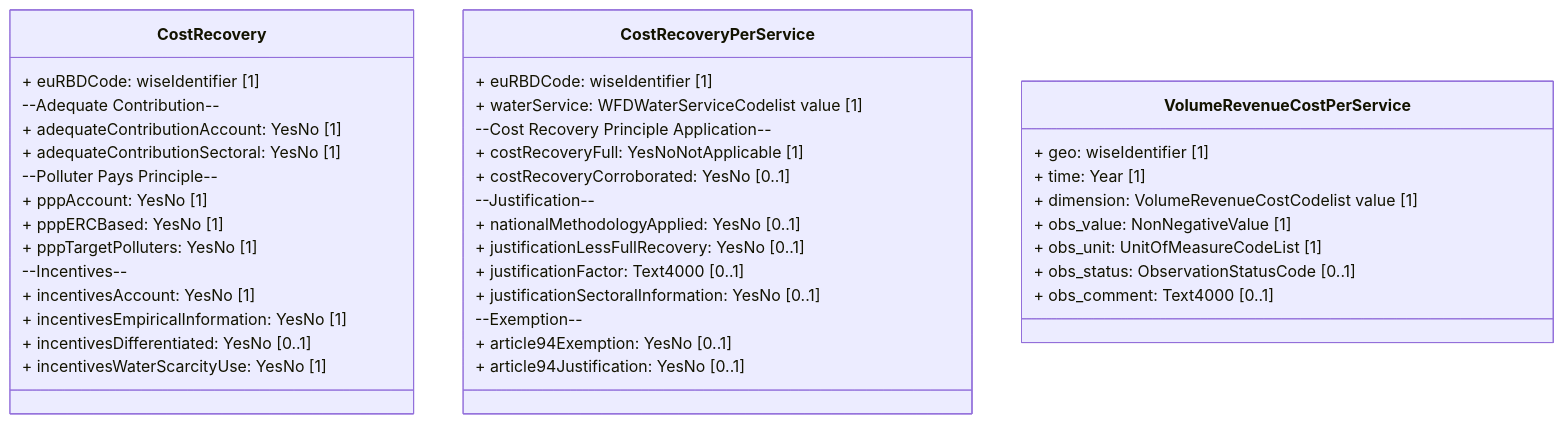
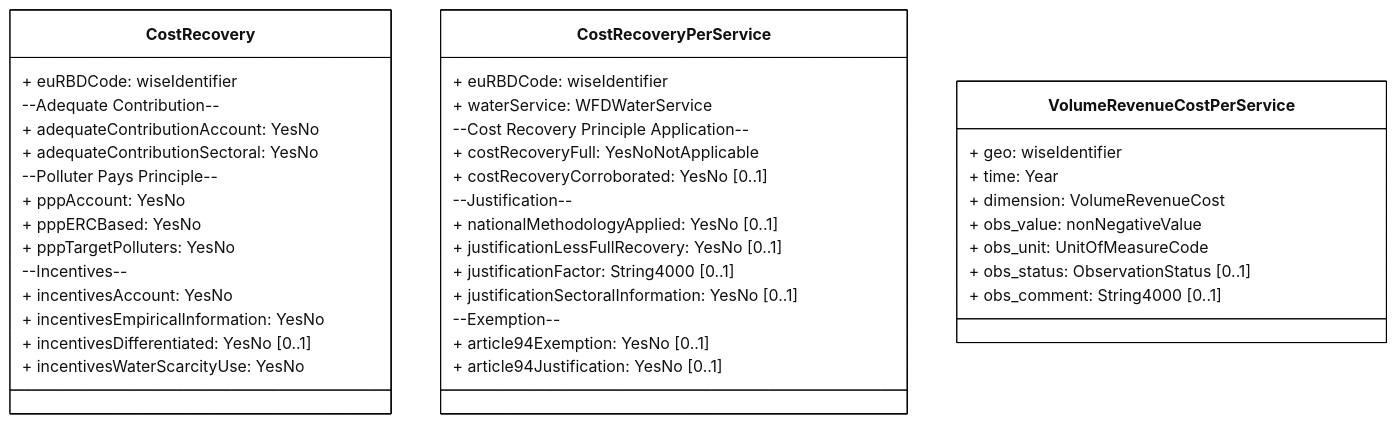
One commit to eeadata/WISE.WFD.Documentation changed the diagram in docs/DataModelReview/mmd/EconomicAnalysis_RevenueandCosts.mmd. Above: the diagram before and after it, drawn with Mermaid. The commit also changed 11 other files, not shown here.

```diff
--- a/docs/DataModelReview/mmd/EconomicAnalysis_RevenueandCosts.mmd
+++ b/docs/DataModelReview/mmd/EconomicAnalysis_RevenueandCosts.mmd
@@ -1,55 +1,66 @@
+---
+config:
+  class:
+    hideEmptyMembersBox: true
+  layout: dagre
+  theme: neutral
+---
+
 classDiagram
     direction TB
 
     class CostRecovery {
-        + euRBDCode: wiseIdentifier [1]
+        + euRBDCode: wiseIdentifier
 
         --Adequate Contribution--
 
-        + adequateContributionAccount: YesNo [1]
-        + adequateContributionSectoral: YesNo [1]
+        + adequateContributionAccount: YesNo
+        + adequateContributionSectoral: YesNo
 
         --Polluter Pays Principle--
 
-        + pppAccount: YesNo [1]
-        + pppERCBased: YesNo [1]
-        + pppTargetPolluters: YesNo [1]
+        + pppAccount: YesNo
+        + pppERCBased: YesNo
+        + pppTargetPolluters: YesNo 
 
         --Incentives--
-        + incentivesAccount: YesNo [1]
-        + incentivesEmpiricalInformation: YesNo [1]
+        + incentivesAccount: YesNo 
+        + incentivesEmpiricalInformation: YesNo 
         + incentivesDifferentiated: YesNo [0..1]
-        + incentivesWaterScarcityUse: YesNo [1]
+        + incentivesWaterScarcityUse: YesNo 
     }
 
     class CostRecoveryPerService {
-        + euRBDCode: wiseIdentifier [1]
-        + waterService: WFDWaterServiceCodelist value [1]
+        + euRBDCode: wiseIdentifier 
+        + waterService: WFDWaterService
 
         --Cost Recovery Principle Application--
 
-        + costRecoveryFull: YesNoNotApplicable [1]
+        + costRecoveryFull: YesNoNotApplicable
         + costRecoveryCorroborated: YesNo [0..1]
 
         --Justification--
 
         + nationalMethodologyApplied: YesNo [0..1]
         + justificationLessFullRecovery: YesNo [0..1]
-        + justificationFactor: Text4000 [0..1]
+        + justificationFactor: String4000 [0..1]
         + justificationSectoralInformation: YesNo [0..1]
 
         --Exemption--
 
         + article94Exemption: YesNo [0..1]
         + article94Justification: YesNo [0..1]
     }
 
     class VolumeRevenueCostPerService {
-        + geo: wiseIdentifier [1]
-        + time: Year [1]
-        + dimension: VolumeRevenueCostCodelist value [1]
-        + obs_value: NonNegativeValue [1]
-        + obs_unit: UnitOfMeasureCodeList [1]
-        + obs_status: ObservationStatusCode [0..1]
-        + obs_comment: Text4000 [0..1]
+        + geo: wiseIdentifier 
+        + time: Year 
+        + dimension: VolumeRevenueCost
+        + obs_value: nonNegativeValue
+        + obs_unit: UnitOfMeasureCode
+        + obs_status: ObservationStatus [0..1]
+        + obs_comment: String4000 [0..1]
     }
+
+classDef default fill:white,stroke:#000;
+classDef forFixing fill:white,stroke:#f00;
```
